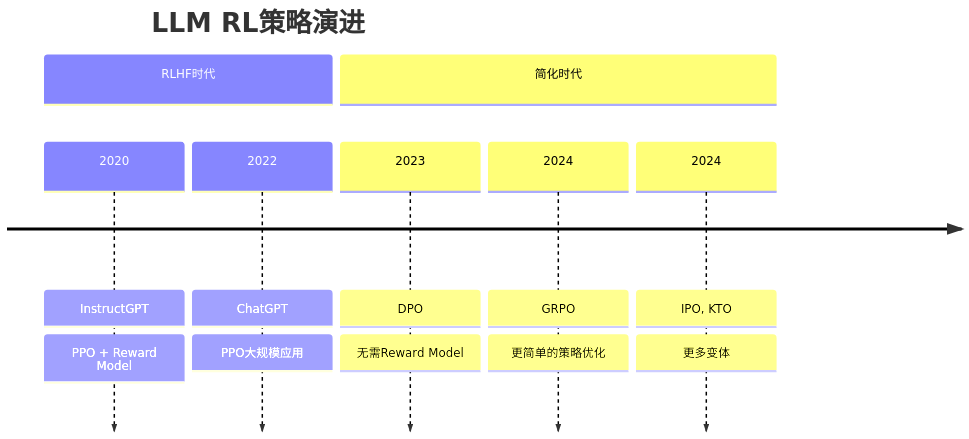
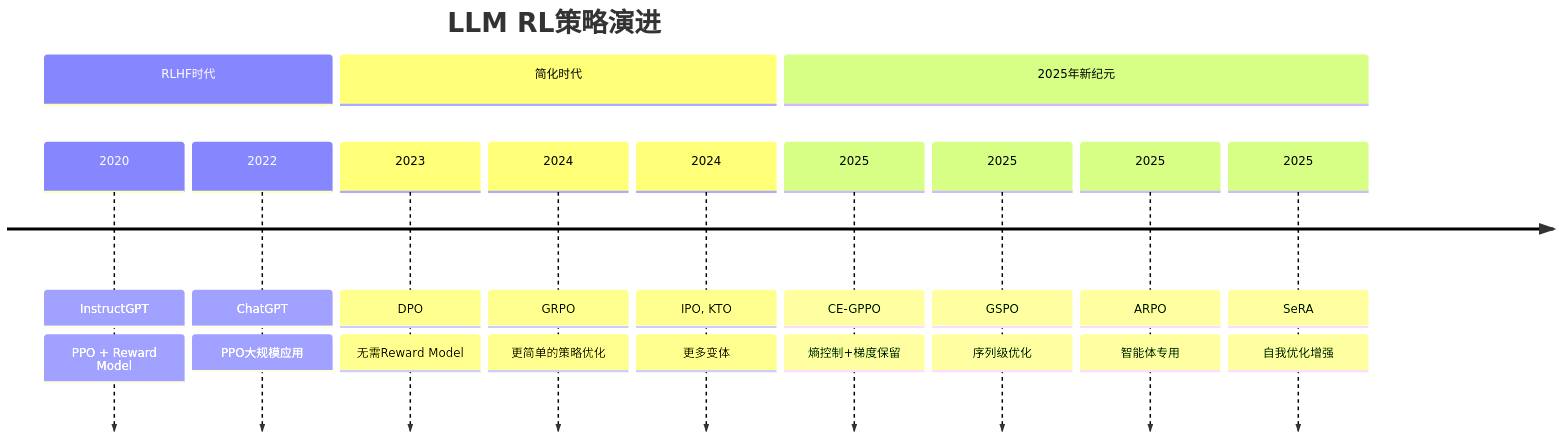
The second of 15 diagrams in learning/website/docs/basics/11.5-rl-strategies.md (Xunzhuo/mini-sglang), drawn with Mermaid before and after one commit. The commit also changed other lines of this file and 7 other files, not shown here.

````diff
--- a/learning/website/docs/basics/11.5-rl-strategies.md
+++ b/learning/website/docs/basics/11.5-rl-strategies.md
@@ -33,16 +33,25 @@
 ```mermaid
 timeline
     title LLM RL策略演进
     section RLHF时代
         2020 : InstructGPT
              : PPO + Reward Model
         2022 : ChatGPT
              : PPO大规模应用
     section 简化时代
         2023 : DPO
              : 无需Reward Model
         2024 : GRPO
              : 更简单的策略优化
         2024 : IPO, KTO
              : 更多变体
+    section 2025年新纪元
+        2025 : CE-GPPO
+             : 熵控制+梯度保留
+        2025 : GSPO
+             : 序列级优化
+        2025 : ARPO
+             : 智能体专用
+        2025 : SeRA
+             : 自我优化增强
 ```
````
